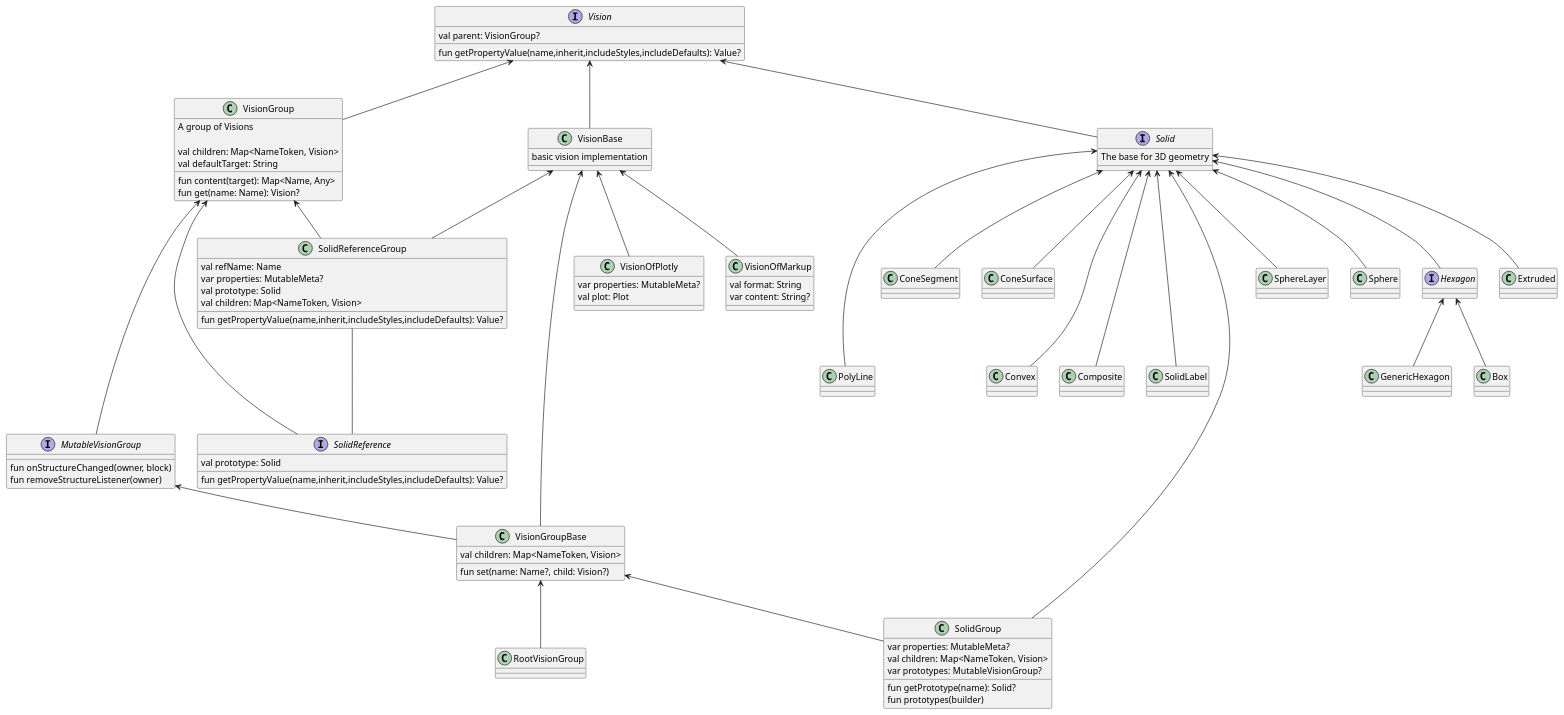
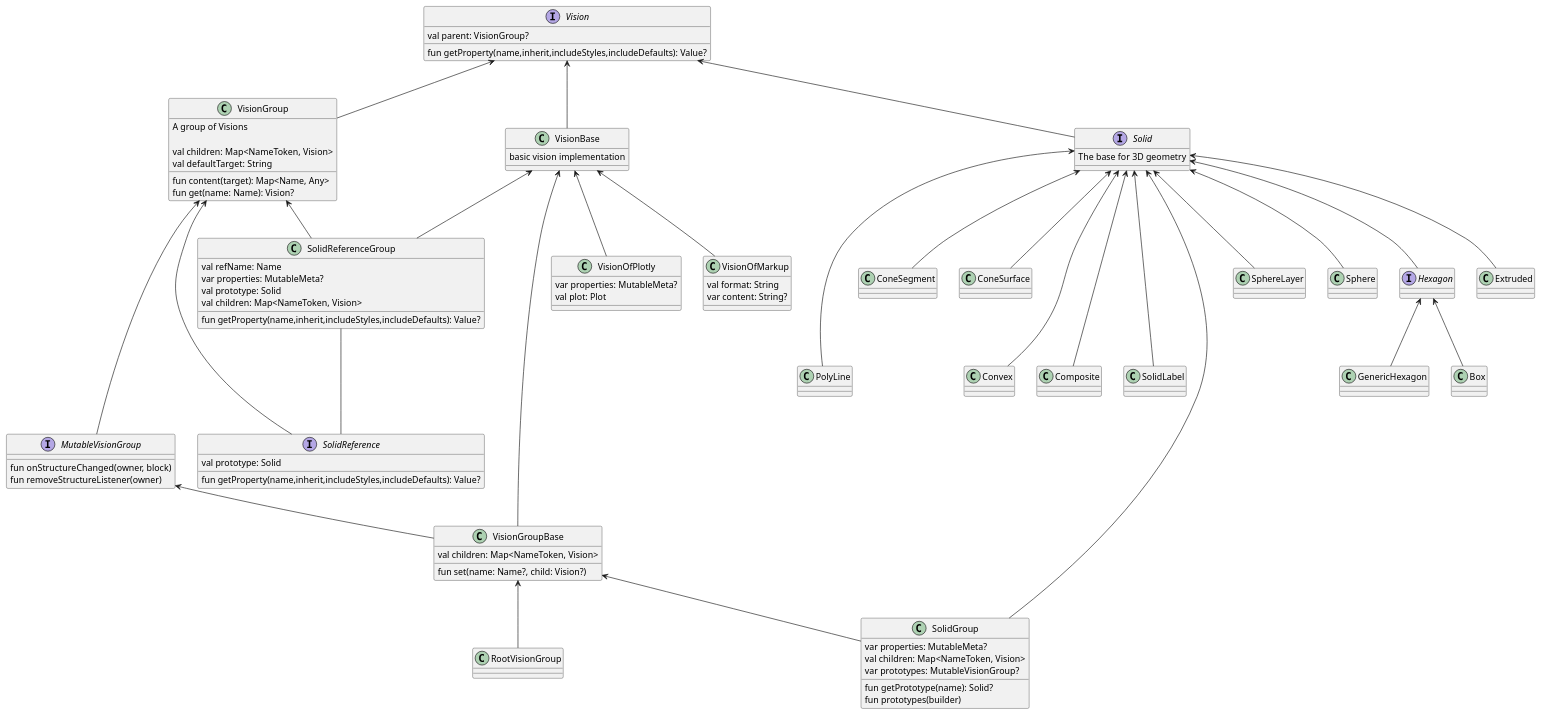
Before and after one commit to SciProgCentre/visionforge: the diagram in docs/uml/Vision.puml, drawn with PlantUML. The commit also changed 96 other files, not shown here.

```diff
--- a/docs/uml/Vision.puml
+++ b/docs/uml/Vision.puml
@@ -1,126 +1,126 @@
 @startuml
 'https://plantuml.com/class-diagram
 
 interface Vision{
     val parent: VisionGroup?
-    fun getPropertyValue(name,inherit,includeStyles,includeDefaults): Value?
+    fun getProperty(name,inherit,includeStyles,includeDefaults): Value?
 }
 
 interface Solid{
     The base for 3D geometry
 }
 Vision <-- Solid
 
 class VisionGroup{
     A group of Visions
 
     val children: Map<NameToken, Vision>
     val defaultTarget: String
 
     fun content(target): Map<Name, Any>
     fun get(name: Name): Vision?
 }
 Vision <-- VisionGroup
 
 class VisionBase{
     basic vision implementation
 }
 Vision <-- VisionBase
 
 
 class SolidLabel
 Solid <--- SolidLabel
 
 class SolidGroup{
     var properties: MutableMeta?
     val children: Map<NameToken, Vision>
     var prototypes: MutableVisionGroup?
 
     fun getPrototype(name): Solid?
     fun prototypes(builder)
 }
 Solid <--- SolidGroup
 VisionGroupBase <-- SolidGroup
 
 class SphereLayer
 Solid <-- SphereLayer
 
 class Sphere
 Solid <-- Sphere
 
 class Box
 Hexagon <-- Box
 
 class GenericHexagon
 Hexagon <-- GenericHexagon
 
 class Extruded
 Solid <-- Extruded
 
 
 class PolyLine
 Solid <--- PolyLine
 
 
 interface Hexagon
 Solid <-- Hexagon
 
 class ConeSegment
 Solid <-- ConeSegment
 
 class ConeSurface
 Solid <-- ConeSurface
 
 
 class Convex
 Solid <--- Convex
 
 class Composite
 Solid <--- Composite
 
 
 interface SolidReference{
     val prototype: Solid
-    fun getPropertyValue(name,inherit,includeStyles,includeDefaults): Value?
+    fun getProperty(name,inherit,includeStyles,includeDefaults): Value?
 }
 VisionGroup <---- SolidReference
 SolidReferenceGroup -- SolidReference
 
 class SolidReferenceGroup{
     val refName: Name
     var properties: MutableMeta?
     val prototype: Solid
     val children: Map<NameToken, Vision>
-    fun getPropertyValue(name,inherit,includeStyles,includeDefaults): Value?
+    fun getProperty(name,inherit,includeStyles,includeDefaults): Value?
 }
 VisionBase <-- SolidReferenceGroup
 VisionGroup <-- SolidReferenceGroup
 
 interface MutableVisionGroup{
     fun onStructureChanged(owner, block)
     fun removeStructureListener(owner)
 }
 VisionGroup <---- MutableVisionGroup
 
 class VisionGroupBase{
     val children: Map<NameToken, Vision>
     fun set(name: Name?, child: Vision?)
 }
 VisionBase <-- VisionGroupBase
 MutableVisionGroup <-- VisionGroupBase
 
 class RootVisionGroup
 VisionGroupBase <-- RootVisionGroup
 
 class VisionOfPlotly{
      var properties: MutableMeta?
      val plot: Plot
 }
 VisionBase <-- VisionOfPlotly
 
 class VisionOfMarkup{
     val format: String
     var content: String?
 }
 VisionBase <-- VisionOfMarkup
 @enduml
```
